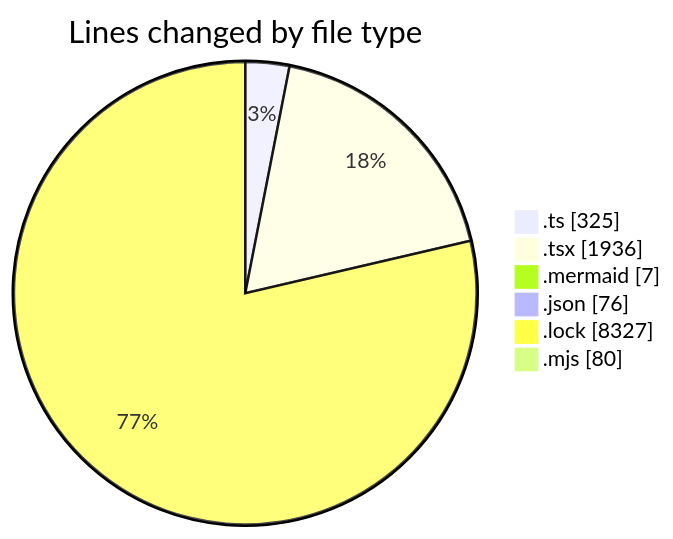
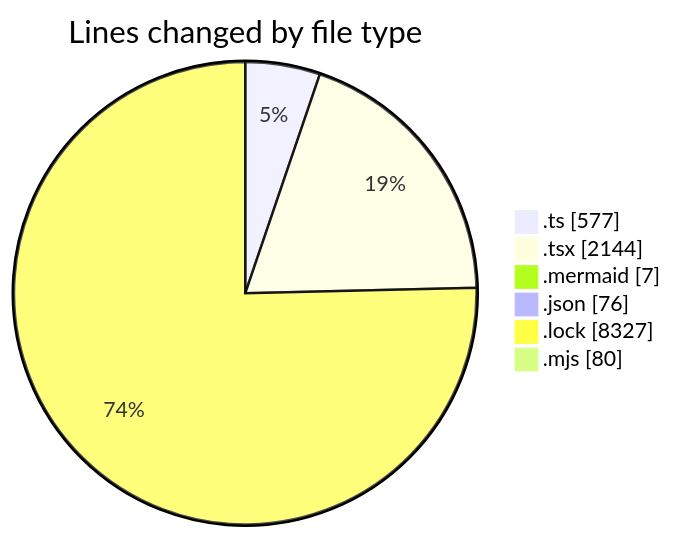
Before and after one commit to momahboobian/code-tracking: the first of 2 diagrams in 2026-09-08/cda/README.md, drawn with Mermaid. The commit also changed other lines of this file and 1 other file, not shown here.

````diff
--- a/2026-09-08/cda/README.md
+++ b/2026-09-08/cda/README.md
@@ -45,10 +48,10 @@
 ```mermaid
 pie showData
 title Lines changed by file type
-".ts" : 325
-".tsx" : 1936
+".ts" : 577
+".tsx" : 2144
 ".mermaid" : 7
 ".json" : 76
 ".lock" : 8327
 ".mjs" : 80
 ```
````
